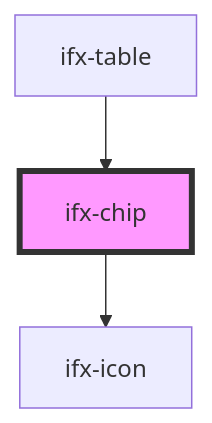
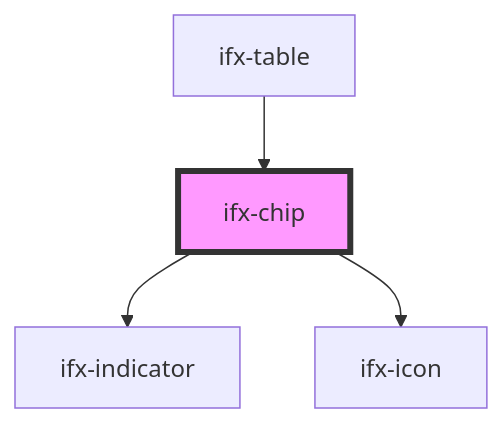
One commit to Infineon/infineon-design-system-stencil changed the diagram in packages/components/src/components/chip/readme.md. Above: the diagram before and after it, drawn with Mermaid. The commit also changed other lines of this file and 5 other files, not shown here.

````diff
--- a/packages/components/src/components/chip/readme.md
+++ b/packages/components/src/components/chip/readme.md
@@ -38,6 +39,7 @@
 ```mermaid
 graph TD;
+  ifx-chip --> ifx-indicator
   ifx-chip --> ifx-icon
   ifx-table --> ifx-chip
   style ifx-chip fill:#f9f,stroke:#333,stroke-width:4px
 ```
````
